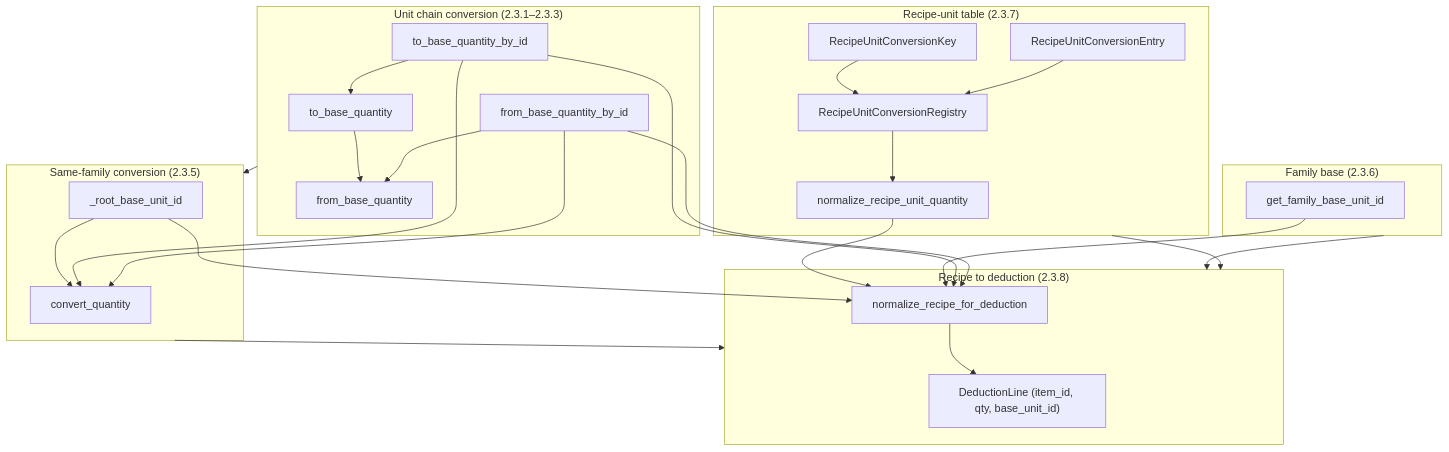
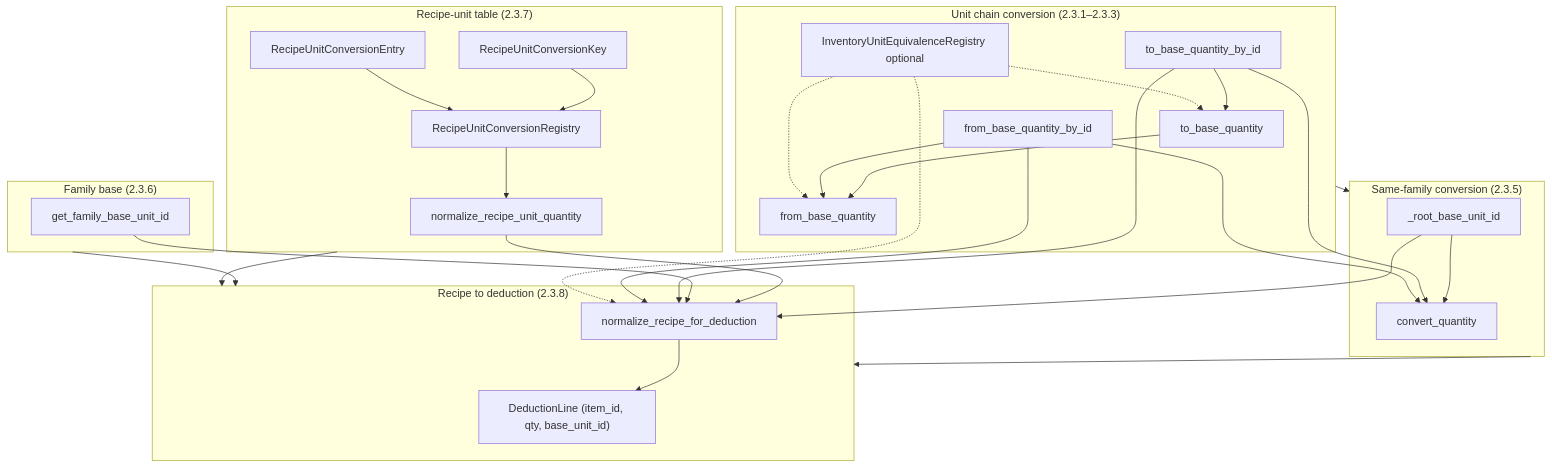
One commit to Alanbahena/zenet-mvp-jupyter changed the first of 5 diagrams in docs/Architecture/architecture-normalization.md. Above: the diagram before and after it, drawn with Mermaid. The commit also changed other lines of this file and 22 other files, not shown here.

Commit message:
added architecture documentation to the prokect

````diff
--- a/docs/Architecture/architecture-normalization.md
+++ b/docs/Architecture/architecture-normalization.md
@@ -9,50 +9,54 @@
 ```mermaid
 flowchart TB
     subgraph layer1["Unit chain conversion (2.3.1–2.3.3)"]
         to_base[to_base_quantity]
         from_base[from_base_quantity]
         to_base_id[to_base_quantity_by_id]
         from_base_id[from_base_quantity_by_id]
         to_base --> from_base
         to_base_id --> to_base
         from_base_id --> from_base
+        eq_reg[InventoryUnitEquivalenceRegistry optional]
+        eq_reg -.-> to_base
+        eq_reg -.-> from_base
     end
 
     subgraph layer2["Same-family conversion (2.3.5)"]
         root[_root_base_unit_id]
         convert[convert_quantity]
         root --> convert
         to_base_id --> convert
         from_base_id --> convert
     end
 
     subgraph layer3["Family base (2.3.6)"]
         family_base[get_family_base_unit_id]
     end
 
     subgraph layer4["Recipe-unit table (2.3.7)"]
         key[RecipeUnitConversionKey]
         entry[RecipeUnitConversionEntry]
         conv_reg[RecipeUnitConversionRegistry]
         norm_ru[normalize_recipe_unit_quantity]
         key --> conv_reg
         entry --> conv_reg
         conv_reg --> norm_ru
     end
 
     subgraph layer5["Recipe to deduction (2.3.8)"]
         DeductionLine["DeductionLine (item_id, qty, base_unit_id)"]
         norm_recipe[normalize_recipe_for_deduction]
         norm_ru --> norm_recipe
         family_base --> norm_recipe
         to_base_id --> norm_recipe
         from_base_id --> norm_recipe
         root --> norm_recipe
+        eq_reg -.-> norm_recipe
         norm_recipe --> DeductionLine
     end
 
     layer1 --> layer2
     layer2 --> layer5
     layer3 --> layer5
     layer4 --> layer5
 ```
````
